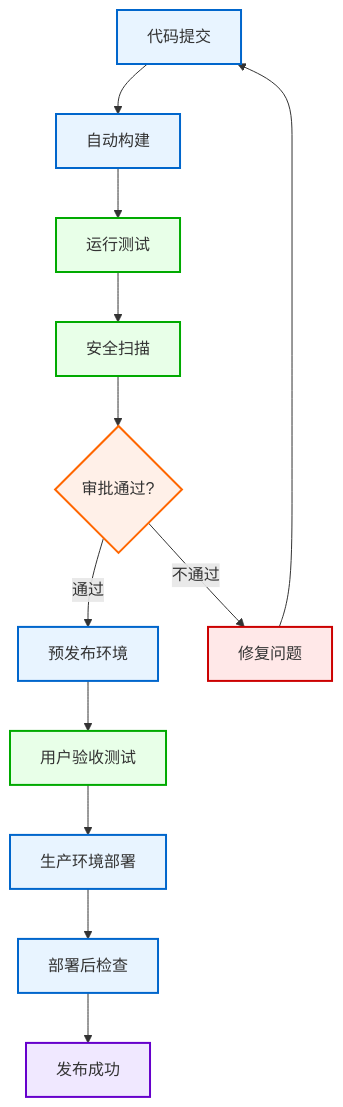
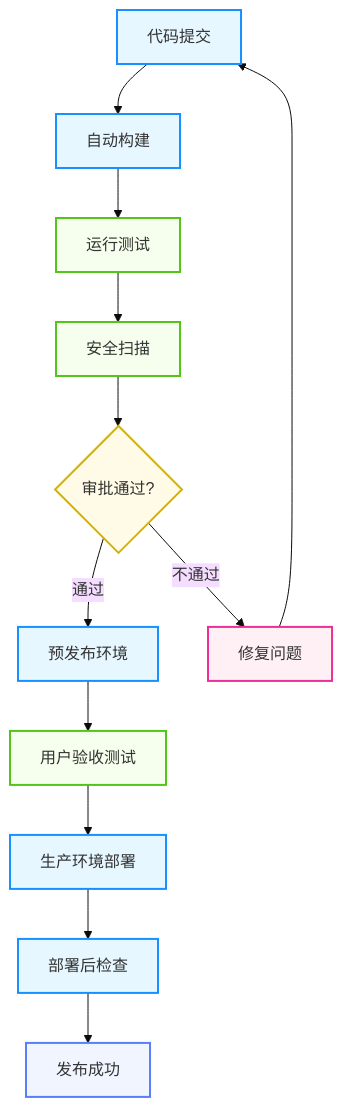
One commit to wendizhou99-cell/Radar changed diagram 20 of 20 in docs/01_项目设计/02_模块设计/99_模块集成策略.md. Above: the diagram before and after it, drawn with Mermaid. The commit also changed other lines of this file and 26 other files, not shown here.

First line of the commit message:
docs: 完成数据架构文档系列重构和Mermaid可视化指南增强

````diff
--- a/docs/01_项目设计/02_模块设计/99_模块集成策略.md
+++ b/docs/01_项目设计/02_模块设计/99_模块集成策略.md
@@ -2623,29 +2770,43 @@
 ```mermaid
+---
+config:
+  theme: base
+  flowchart:
+    curve: basis
+---
 flowchart TD
+    %% 图例说明：
+    %% 流程节点 (浅蓝): 标准处理步骤
+    %% 测试节点 (浅绿): 测试和验证步骤
+    %% 决策节点 (浅黄): 判断和决策点
+    %% 成功节点 (淡紫): 成功完成状态
+    %% 错误节点 (粉色): 需要修复的错误状态
+
     START[代码提交] --> BUILD[自动构建]
     BUILD --> TEST[运行测试]
     TEST --> SCAN[安全扫描]
     SCAN --> APPROVE{审批通过?}
 
     APPROVE -->|通过| STAGING[预发布环境]
     APPROVE -->|不通过| FIX[修复问题]
 
     STAGING --> UAT[用户验收测试]
     UAT --> PROD[生产环境部署]
     PROD --> CHECK[部署后检查]
     CHECK --> SUCCESS[发布成功]
 
     FIX --> START
 
-    classDef process fill:#e8f4ff,stroke:#0066cc,stroke-width:2px
-    classDef test fill:#e8ffe8,stroke:#00aa00,stroke-width:2px
-    classDef decision fill:#fff0e8,stroke:#ff6600,stroke-width:2px
-    classDef success fill:#f0e8ff,stroke:#6600cc,stroke-width:2px
-    classDef error fill:#ffe8e8,stroke:#cc0000,stroke-width:2px
+    %% 标准 classDef 模板
+    classDef process fill:#e6f7ff,stroke:#1890ff,stroke-width:2px
+    classDef test fill:#f6ffed,stroke:#52c41a,stroke-width:2px
+    classDef decision fill:#fffbe6,stroke:#d4b106,stroke-width:2px
+    classDef success fill:#f0f5ff,stroke:#597ef7,stroke-width:2px
+    classDef error fill:#fff0f6,stroke:#eb2f96,stroke-width:2px
 
     class START,BUILD,STAGING,PROD,CHECK process
     class TEST,SCAN,UAT test
     class APPROVE decision
     class SUCCESS success
     class FIX error
 ```
````
